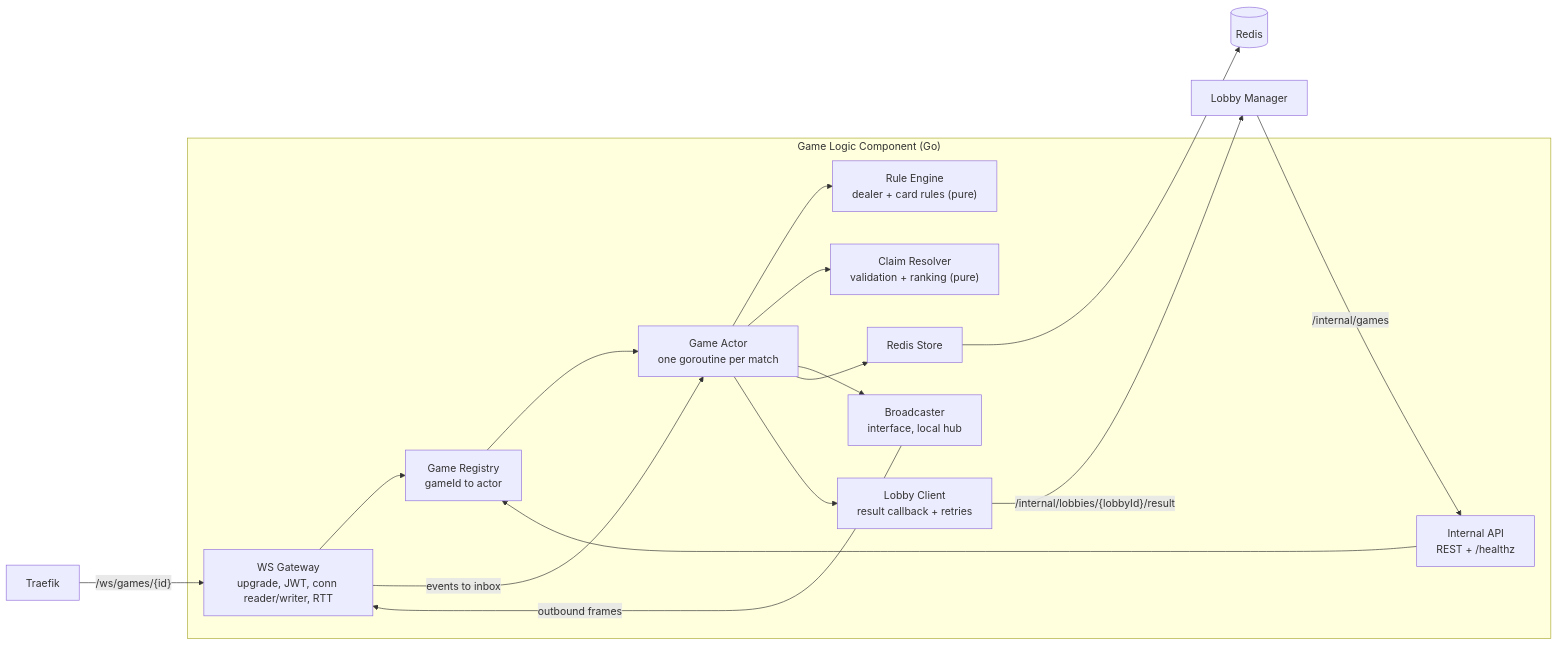
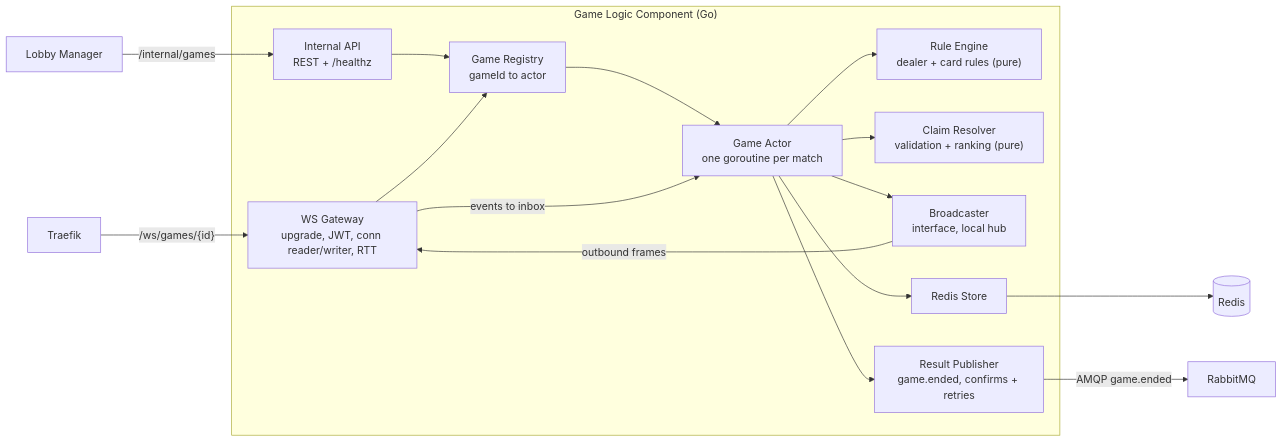
The second of 7 diagrams in docs/game-logic-design.md (soetgdeznsgk/ArchSoft-Group1F), drawn with Mermaid before and after one commit. The commit also changed other lines of this file and 33 other files, not shown here.

First line of the commit message:
Publish game results on RabbitMQ to remove the Lobby <-> Game Logic cycle

````diff
--- a/docs/game-logic-design.md
+++ b/docs/game-logic-design.md
@@ -142,30 +142,30 @@
 ```mermaid
 flowchart LR
     TR["Traefik"] -->|"/ws/games/{id}"| WSG
     LMx["Lobby Manager"] -->|"/internal/games"| API
 
     subgraph GL["Game Logic Component (Go)"]
         API["Internal API<br/>REST + /healthz"]
         WSG["WS Gateway<br/>upgrade, JWT, conn reader/writer, RTT"]
         REG["Game Registry<br/>gameId to actor"]
         ACT["Game Actor<br/>one goroutine per match"]
         RULE["Rule Engine<br/>dealer + card rules (pure)"]
         CLM["Claim Resolver<br/>validation + ranking (pure)"]
         BC["Broadcaster<br/>interface, local hub"]
         ST["Redis Store"]
-        LC["Lobby Client<br/>result callback + retries"]
+        LC["Result Publisher<br/>game.ended, confirms + retries"]
     end
 
     API --> REG
     WSG --> REG
     REG --> ACT
     WSG -->|"events to inbox"| ACT
     ACT --> RULE
     ACT --> CLM
     ACT --> BC
     BC -->|"outbound frames"| WSG
     ACT --> ST
     ACT --> LC
     ST --> RD[("Redis")]
-    LC -->|"/internal/lobbies/{lobbyId}/result"| LMx
+    LC -->|"AMQP game.ended"| MQx["RabbitMQ"]
 ```
````
